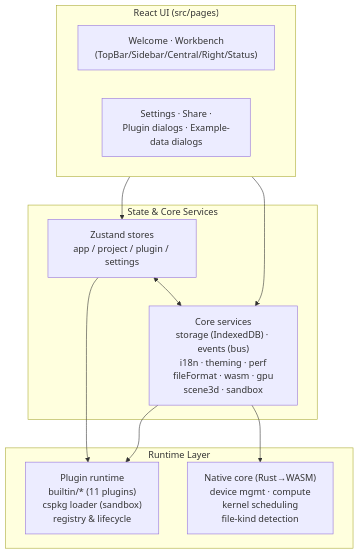
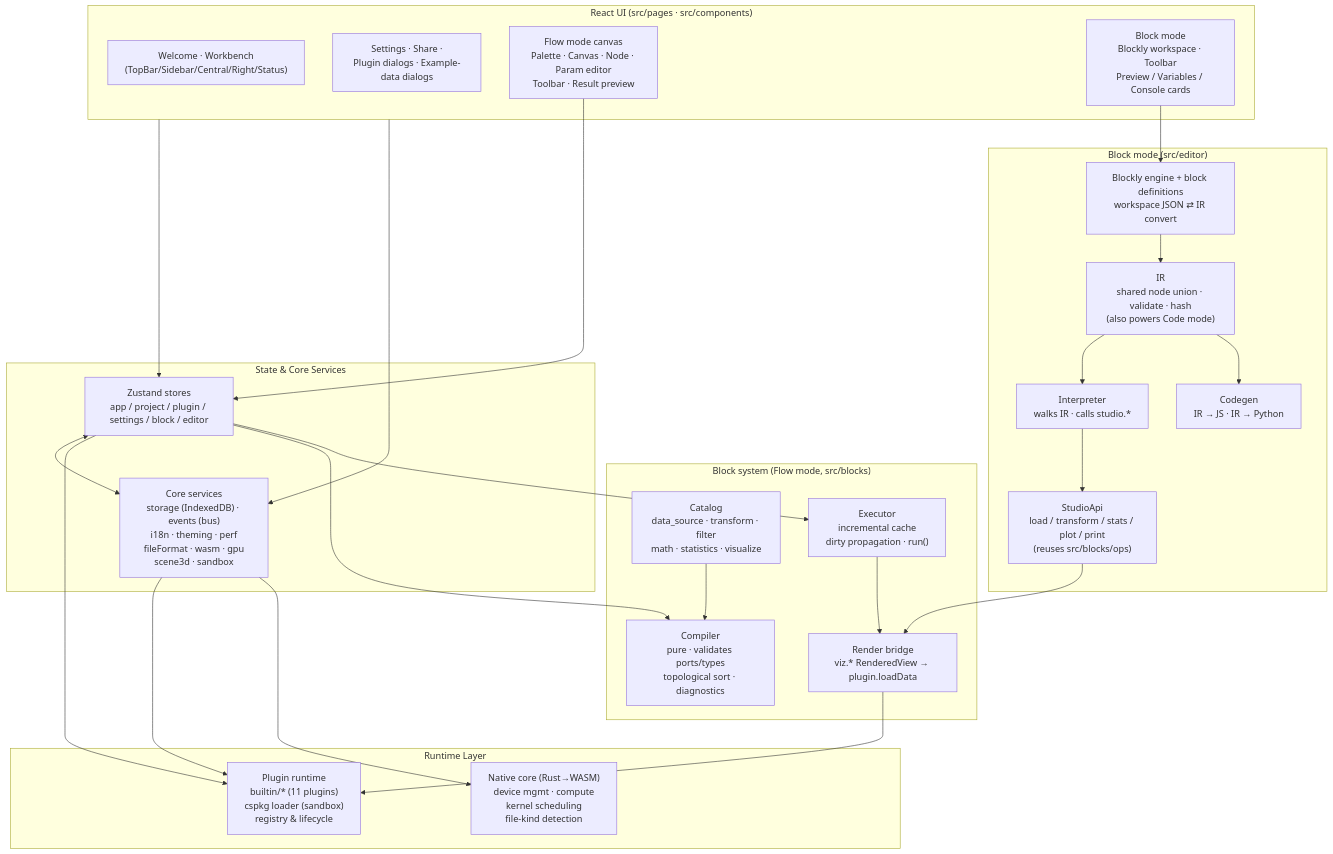
One commit to SnowLeopard-io/ErgalicsStudio changed the diagram in docs/guide/architecture.md. Above: the diagram before and after it, drawn with Mermaid. The commit also changed other lines of this file and 12 other files, not shown here.

````diff
--- a/docs/guide/architecture.md
+++ b/docs/guide/architecture.md
@@ -5,24 +5,53 @@
 ```mermaid
 flowchart TB
-    subgraph UI["React UI (src/pages)"]
+    subgraph UI["React UI (src/pages · src/components)"]
         A1["Welcome · Workbench<br/>(TopBar/Sidebar/Central/Right/Status)"]
         A2["Settings · Share ·<br/>Plugin dialogs · Example-data dialogs"]
+        A3["Flow mode canvas<br/>Palette · Canvas · Node · Param editor<br/>Toolbar · Result preview"]
+        A4["Block mode<br/>Blockly workspace · Toolbar<br/>Preview / Variables / Console cards"]
     end
 
     subgraph State["State & Core Services"]
-        B1["Zustand stores<br/>app / project / plugin / settings"]
+        B1["Zustand stores<br/>app / project / plugin / settings / block / editor"]
         B2["Core services<br/>storage (IndexedDB) · events (bus)<br/>i18n · theming · perf<br/>fileFormat · wasm · gpu<br/>scene3d · sandbox"]
+    end
+
+    subgraph Blocks["Block system (Flow mode, src/blocks)"]
+        D1["Catalog<br/>data_source · transform · filter<br/>math · statistics · visualize"]
+        D2["Compiler<br/>pure · validates ports/types<br/>topological sort · diagnostics"]
+        D3["Executor<br/>incremental cache<br/>dirty propagation · run()"]
+        D4["Render bridge<br/>viz.* RenderedView → plugin.loadData"]
+    end
+
+    subgraph Editor["Block mode (src/editor)"]
+        E1["IR<br/>shared node union · validate · hash<br/>(also powers Code mode)"]
+        E2["Blockly engine + block definitions<br/>workspace JSON ⇄ IR convert"]
+        E3["Interpreter<br/>walks IR · calls studio.*"]
+        E4["Codegen<br/>IR → JS · IR → Python"]
+        E5["StudioApi<br/>load / transform / stats / plot / print<br/>(reuses src/blocks/ops)"]
     end
 
     subgraph Runtime["Runtime Layer"]
         C1["Plugin runtime<br/>builtin/* (11 plugins)<br/>cspkg loader (sandbox)<br/>registry & lifecycle"]
         C2["Native core (Rust→WASM)<br/>device mgmt · compute<br/>kernel scheduling<br/>file-kind detection"]
     end
 
     UI --> B1
     UI --> B2
     B1 <--> B2
     B1 --> C1
     B2 --> C1
     B2 --> C2
+    A3 --> B1
+    B1 --> D2
+    B1 --> D3
+    D1 --> D2
+    D3 --> D4
+    D4 --> C1
+    A4 --> E2
+    E2 --> E1
+    E1 --> E3
+    E1 --> E4
+    E3 --> E5
+    E5 --> D4
 ```
````
